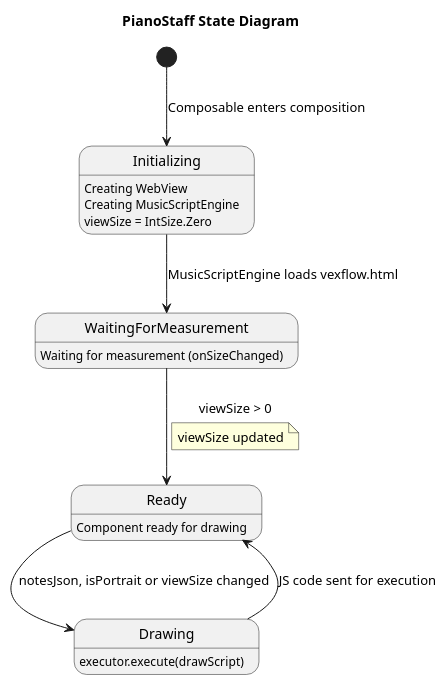
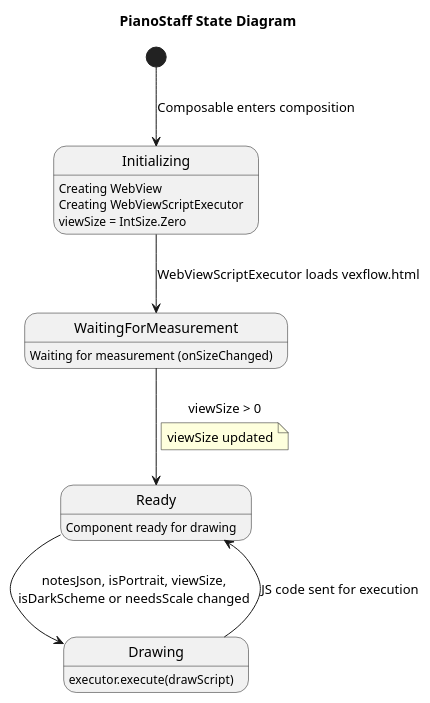
One commit to astrizhachuk/PianoFlow changed the ninth of 10 diagrams in docs/en/specs/MIDI_MESSAGE_PROCESSING.md. Above: the diagram before and after it, drawn with PlantUML. The commit also changed other lines of this file and 30 other files, not shown here.

````diff
--- a/docs/en/specs/MIDI_MESSAGE_PROCESSING.md
+++ b/docs/en/specs/MIDI_MESSAGE_PROCESSING.md
@@ -456,31 +491,31 @@
 ```plantuml
 @startuml
 title PianoStaff State Diagram
 
 [*] --> Initializing : Composable enters composition
 
 state Initializing
 Initializing : Creating WebView
-Initializing : Creating MusicScriptEngine
+Initializing : Creating WebViewScriptExecutor
 Initializing : viewSize = IntSize.Zero
 
-Initializing --> WaitingForMeasurement : MusicScriptEngine loads vexflow.html
+Initializing --> WaitingForMeasurement : WebViewScriptExecutor loads vexflow.html
 
 state WaitingForMeasurement
 WaitingForMeasurement : Waiting for measurement (onSizeChanged)
 
 WaitingForMeasurement --> Ready : viewSize > 0
 note on link
   viewSize updated
 end note
 
 state Ready
 Ready : Component ready for drawing
 
 state Drawing
 Drawing : executor.execute(drawScript)
 
-Ready --> Drawing : notesJson, isPortrait or viewSize changed
+Ready --> Drawing : notesJson, isPortrait, viewSize,\nisDarkScheme or needsScale changed
 Drawing --> Ready : JS code sent for execution
 @enduml
 ```
````
